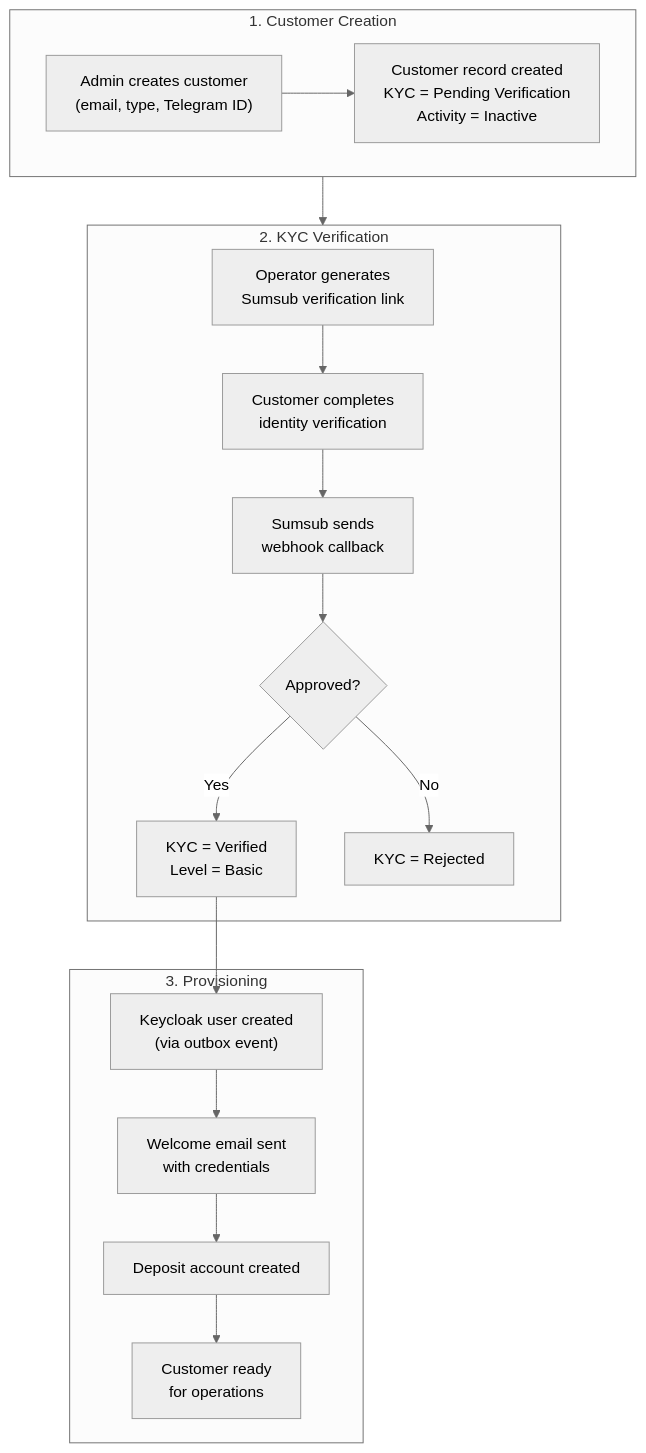
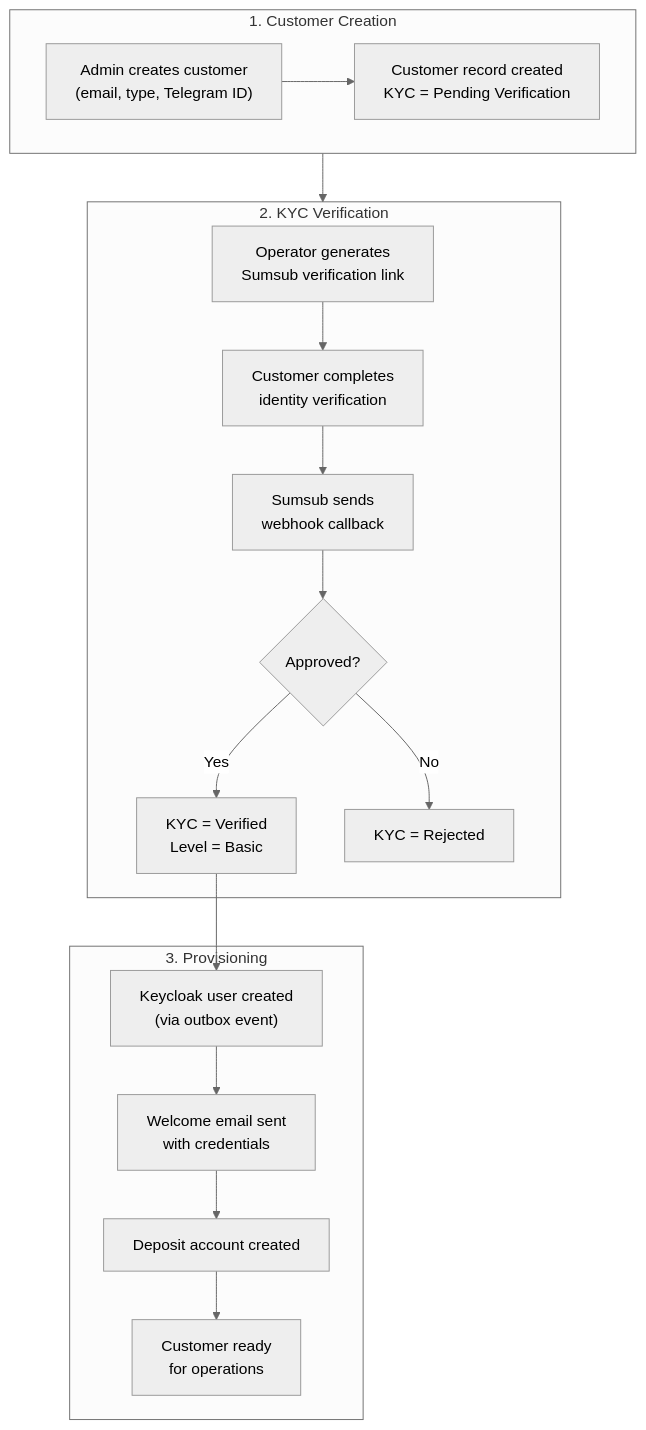
One commit to GaloyMoney/lana-bank changed the diagram in docs-site/docs/technical-documentation/customers/onboarding.md. Above: the diagram before and after it, drawn with Mermaid (neutral theme). The commit also changed other lines of this file and 90 other files, not shown here.

````diff
--- a/docs-site/docs/technical-documentation/customers/onboarding.md
+++ b/docs-site/docs/technical-documentation/customers/onboarding.md
@@ -13,19 +13,19 @@
 ```mermaid
 graph TD
     subgraph S1["1. Customer Creation"]
-        CREATE["Admin creates customer<br/>(email, type, Telegram ID)"] --> PENDING["Customer record created<br/>KYC = Pending Verification<br/>Activity = Inactive"]
+        CREATE["Admin creates customer<br/>(email, type, Telegram ID)"] --> PENDING["Customer record created<br/>KYC = Pending Verification"]
     end
     subgraph S2["2. KYC Verification"]
         LINK["Operator generates<br/>Sumsub verification link"] --> CUST["Customer completes<br/>identity verification"] --> HOOK["Sumsub sends<br/>webhook callback"]
         HOOK --> RESULT{Approved?}
         RESULT -->|Yes| APPROVED["KYC = Verified<br/>Level = Basic"]
         RESULT -->|No| REJECTED["KYC = Rejected"]
     end
     subgraph S3["3. Provisioning"]
         APPROVED --> KC["Keycloak user created<br/>(via outbox event)"]
         KC --> EMAIL["Welcome email sent<br/>with credentials"]
         EMAIL --> DEPACC["Deposit account created"]
         DEPACC --> ACTIVE["Customer ready<br/>for operations"]
     end
     S1 --> S2
 ```
````
